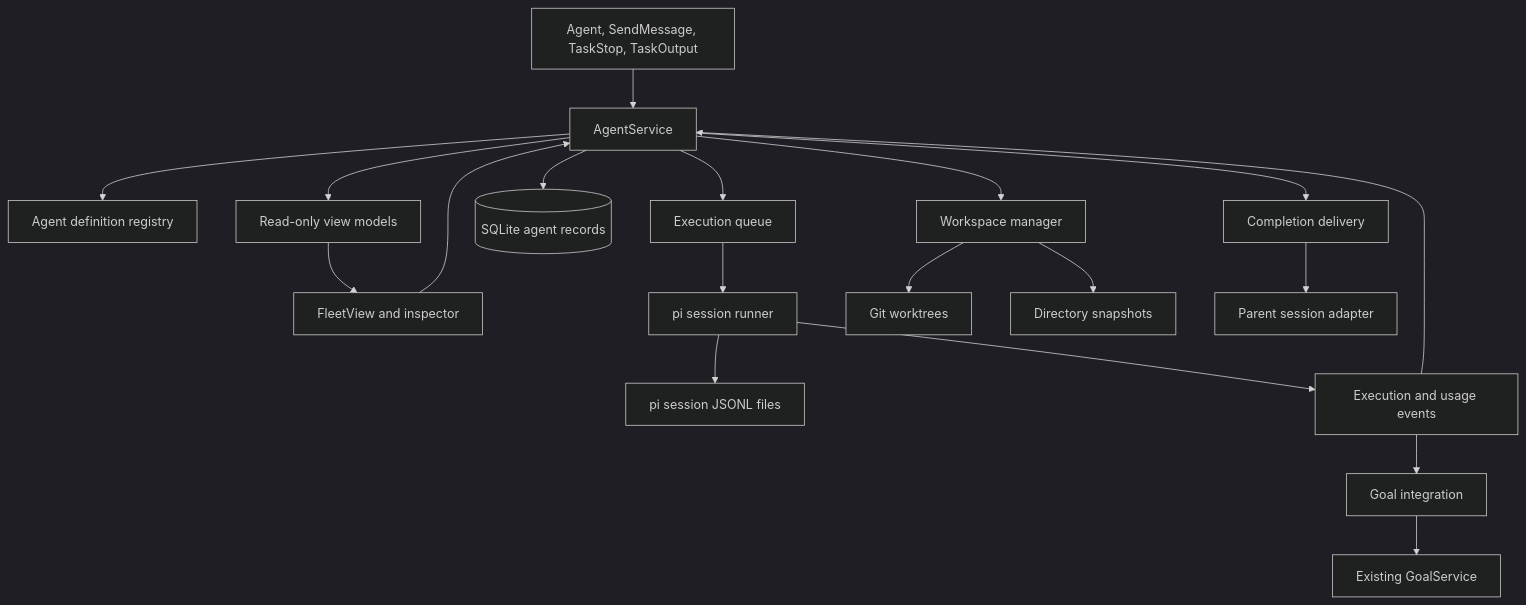
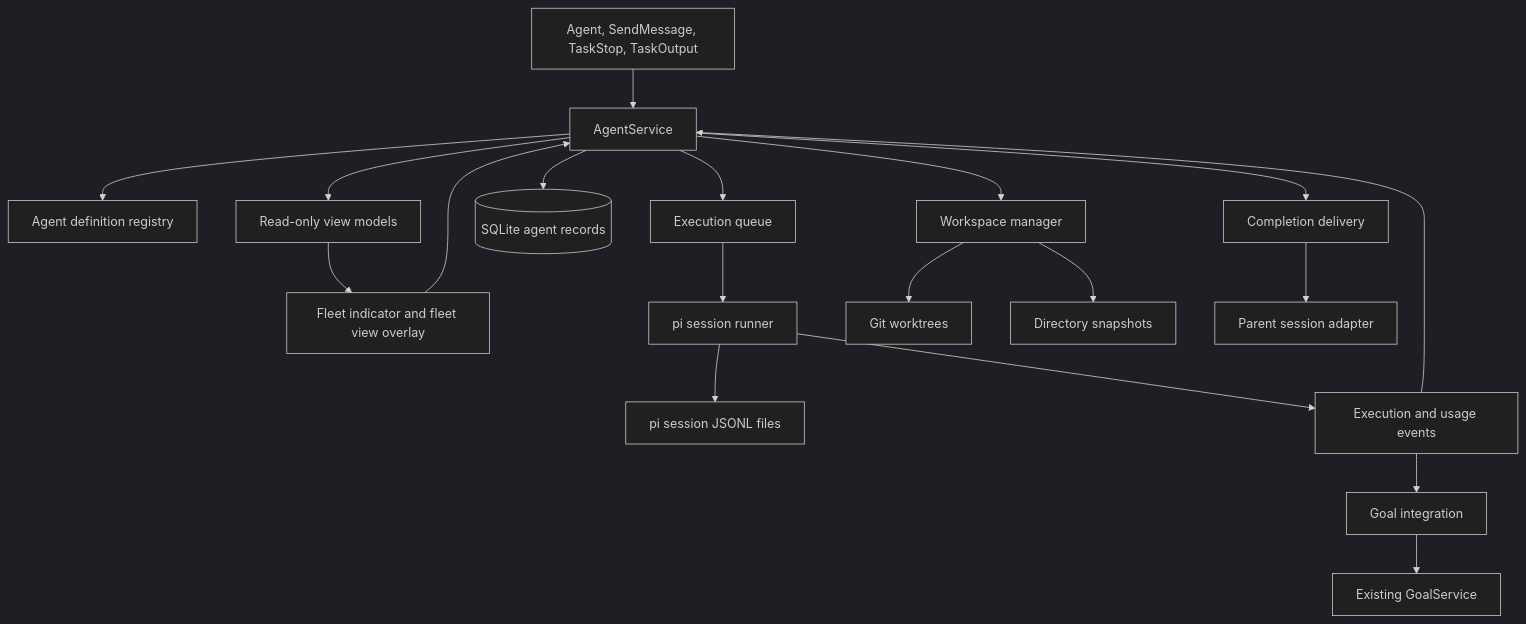
Before and after one commit to WeZZard/pi-secretary: the first of 6 diagrams in docs/arch/subagents.md, drawn with Mermaid (dark theme). The commit also changed other lines of this file and 47 other files, not shown here.

````diff
--- a/docs/arch/subagents.md
+++ b/docs/arch/subagents.md
@@ -53,21 +53,21 @@
 ```mermaid
 flowchart TB
     Tools[Agent, SendMessage, TaskStop, TaskOutput] --> Service[AgentService]
-    UI[FleetView and inspector] --> Service
+    UI[Fleet indicator and fleet view overlay] --> Service
     Service --> Registry[Agent definition registry]
     Service --> Scheduler[Execution queue]
     Scheduler --> Runner[pi session runner]
     Service --> Workspaces[Workspace manager]
     Workspaces --> Worktrees[Git worktrees]
     Workspaces --> Snapshots[Directory snapshots]
     Service --> Store[(SQLite agent records)]
     Runner --> Sessions[pi session JSONL files]
     Runner --> Events[Execution and usage events]
     Events --> Service
     Service --> Delivery[Completion delivery]
     Delivery --> Parent[Parent session adapter]
     Service --> Views[Read-only view models]
     Views --> UI
     Events --> Goals[Goal integration]
     Goals --> GoalService[Existing GoalService]
 ```
````
